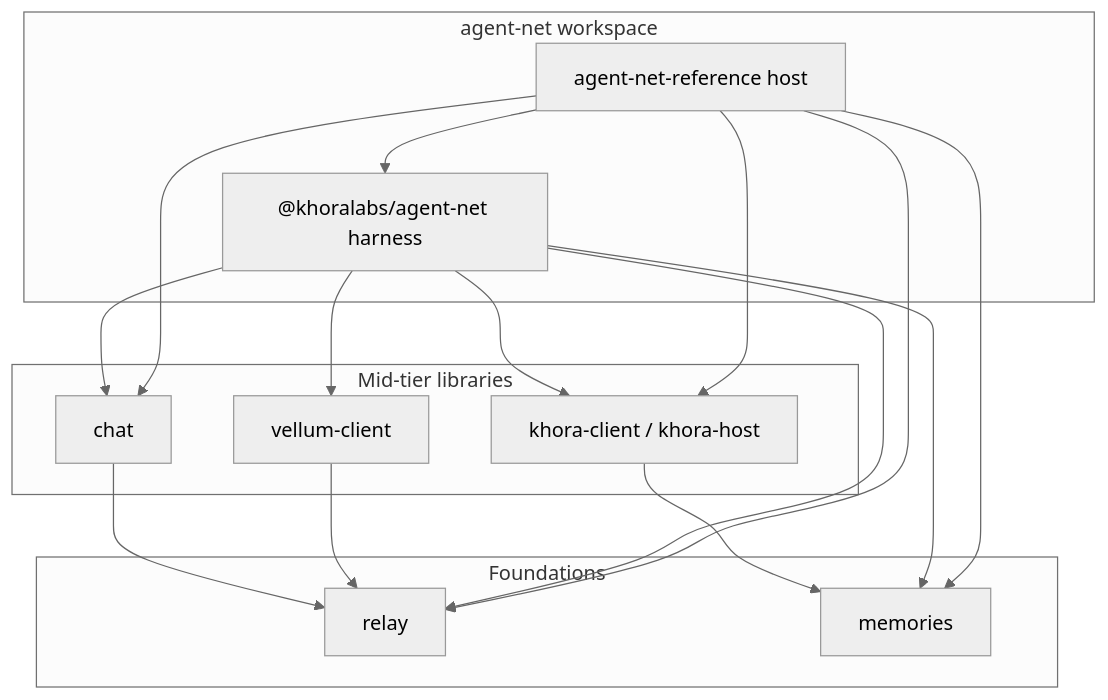
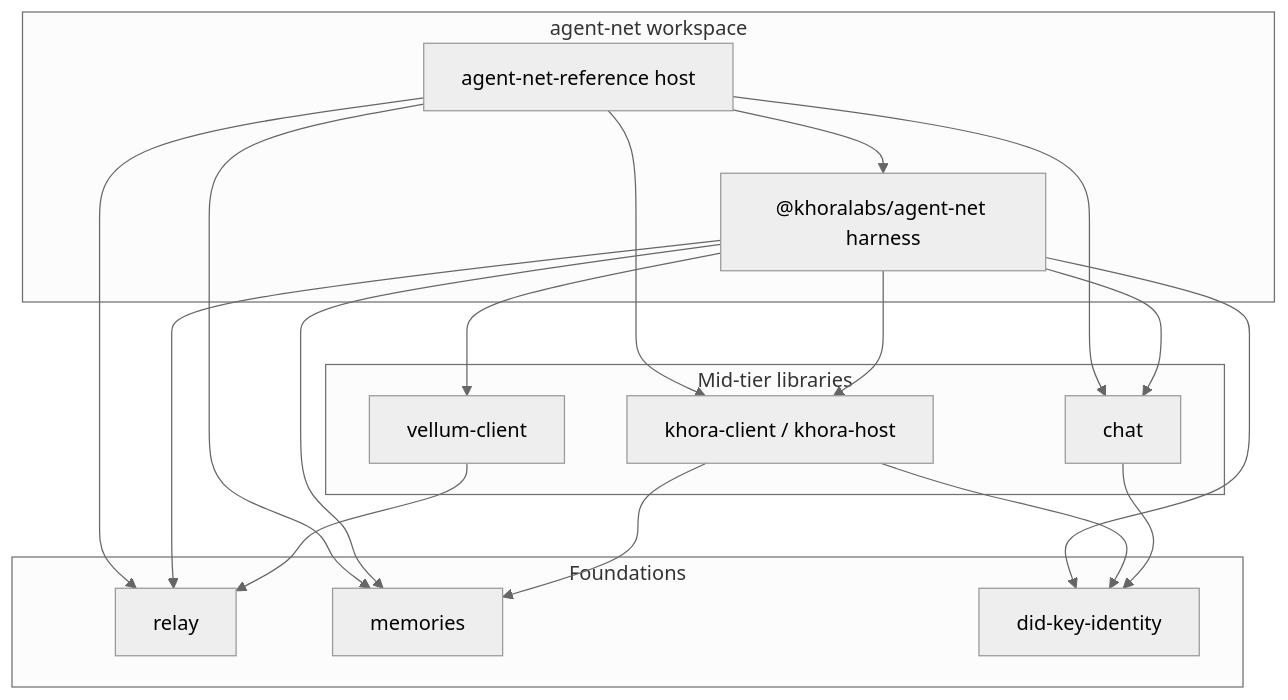
The diagram in docs/reference/dependency-graph.md (khoralabs/agent-net), drawn with Mermaid (neutral theme) before and after one commit. The commit also changed other lines of this file and 2 other files, not shown here.

First line of the commit message:
docs: clarify chat ledger independence from relay and note did-key-identity

````diff
--- a/docs/reference/dependency-graph.md
+++ b/docs/reference/dependency-graph.md
@@ -9,29 +9,32 @@
 ```mermaid
 flowchart TB
   subgraph foundations [Foundations]
     relay[relay]
     memories[memories]
+    didKey[did-key-identity]
   end
   subgraph mid [Mid-tier libraries]
     chat[chat]
     vellum[vellum-client]
     khora[khora-client / khora-host]
   end
   subgraph agentNet [agent-net workspace]
     harness["@khoralabs/agent-net harness"]
     reference[agent-net-reference host]
   end
-  chat --> relay
+  chat --> didKey
   vellum --> relay
   khora --> memories
+  khora --> didKey
   harness --> chat
   harness --> relay
   harness --> vellum
   harness --> memories
   harness --> khora
+  harness --> didKey
   reference --> harness
   reference --> chat
   reference --> relay
   reference --> memories
   reference --> khora
 ```
````
